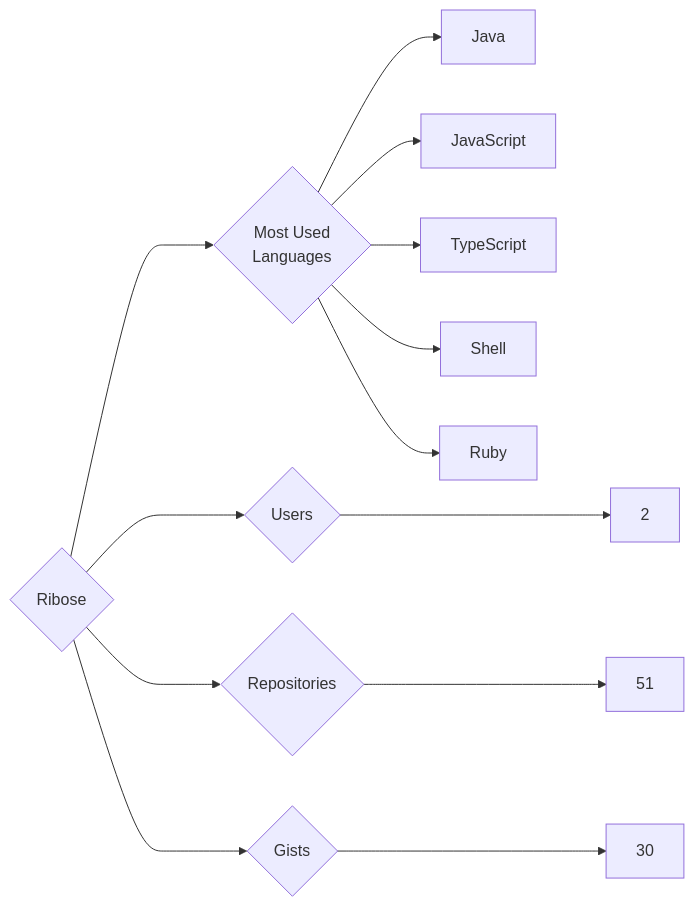
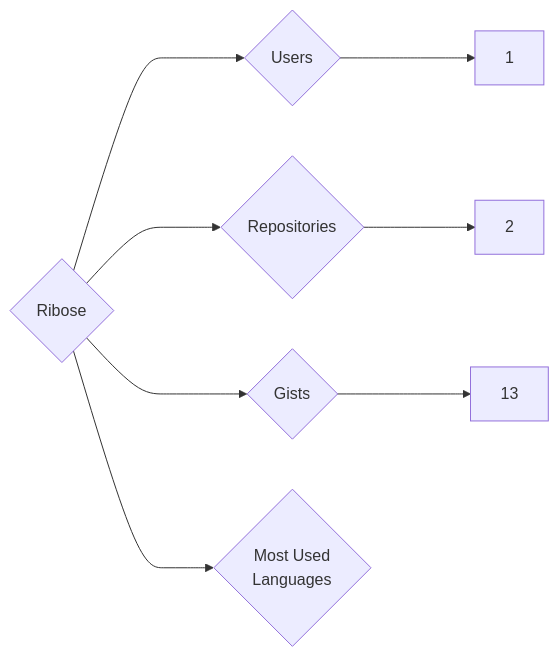
One commit to trickest/insiders changed the diagram in targets/Ribose/README.md. Above: the diagram before and after it, drawn with Mermaid. The commit also changed 955 other files, not shown here.

````diff
--- a/targets/Ribose/README.md
+++ b/targets/Ribose/README.md
@@ -3,13 +3,8 @@
 ```mermaid
 graph LR
 COMPANY_NAME{Ribose}
-COMPANY_NAME ---> U{Users} ---> UN[2]
-COMPANY_NAME ---> R{Repositories} ---> RN[51]
-COMPANY_NAME ---> G{Gists} ---> GN[30]
+COMPANY_NAME ---> U{Users} ---> UN[1]
+COMPANY_NAME ---> R{Repositories} ---> RN[2]
+COMPANY_NAME ---> G{Gists} ---> GN[13]
 COMPANY_NAME ---> ML{Most Used<br>Languages}
-ML --> Java[Java]
-ML --> JavaScript[JavaScript]
-ML --> TypeScript[TypeScript]
-ML --> Shell[Shell]
-ML --> Ruby[Ruby]
 ```
````
